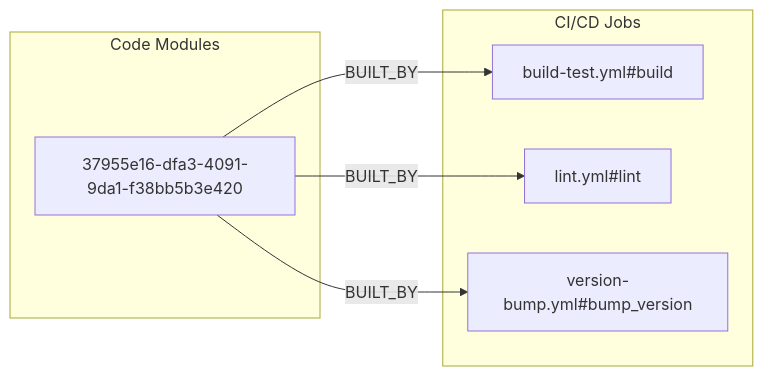
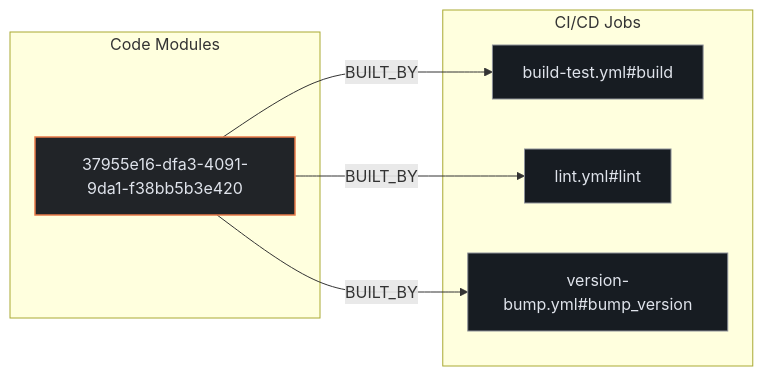
The second of 3 diagrams in exports/latest/reports/bitwarden-sm-action-report.md (kumarshaz/atruss-code-atlas), drawn with Mermaid before and after one commit. The commit also changed other lines of this file and 331 other files, not shown here.

Commit message:
docs,ui,fix: update SDLC docs, reorder CI/CD DAG first, stylize Mermaid, and fix Arc42 pipeline topology

````diff
--- a/exports/latest/reports/bitwarden-sm-action-report.md
+++ b/exports/latest/reports/bitwarden-sm-action-report.md
@@ -107,14 +114,18 @@
 ```mermaid
 flowchart LR
+    classDef atlasCategory fill:#212428,stroke:#E87A48,stroke-width:1.5px,color:#dfe3eb
+    classDef atlasWorkflow fill:#1b2026,stroke:#a3c9ff,stroke-width:1.5px,color:#dfe3eb
+    classDef atlasJob fill:#171c22,stroke:#8d9199,stroke-width:1px,color:#dfe3eb
+    classDef atlasTarget fill:#005227,stroke:#8bd99b,stroke-width:1.5px,color:#a7f6b6
     subgraph code_modules["Code Modules"]
-        mod_37955e16_dfa3_4091_9da1_f38bb5b3e420["37955e16-dfa3-4091-9da1-f38bb5b3e420"]
+        mod_37955e16_dfa3_4091_9da1_f38bb5b3e420["37955e16-dfa3-4091-9da1-f38bb5b3e420"]:::atlasCategory
     end
     subgraph ci_jobs["CI/CD Jobs"]
-        job_build_test_yml_build["build-test.yml#build"]
-        job_lint_yml_lint["lint.yml#lint"]
-        job_version_bump_yml_bump_version["version-bump.yml#bump_version"]
+        job_build_test_yml_build["build-test.yml#build"]:::atlasJob
+        job_lint_yml_lint["lint.yml#lint"]:::atlasJob
+        job_version_bump_yml_bump_version["version-bump.yml#bump_version"]:::atlasJob
     end
     mod_37955e16_dfa3_4091_9da1_f38bb5b3e420 -->|BUILT_BY| job_build_test_yml_build
     mod_37955e16_dfa3_4091_9da1_f38bb5b3e420 -->|BUILT_BY| job_lint_yml_lint
     mod_37955e16_dfa3_4091_9da1_f38bb5b3e420 -->|BUILT_BY| job_version_bump_yml_bump_version
 ```
````
